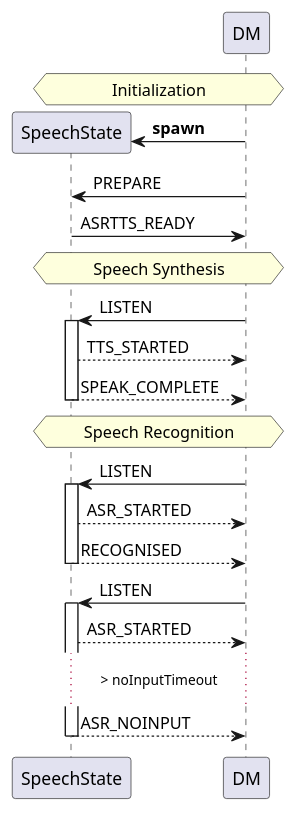
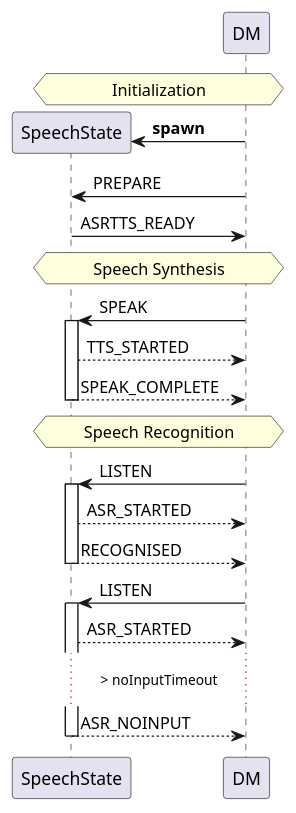
Before and after one commit to vladmaraev/speechstate: the diagram in README.org, drawn with PlantUML. The commit also changed 1 other file, not shown here.

Commit message:
Fix sequence diagram

```diff
--- a/README.org
+++ b/README.org
@@ -115,24 +115,24 @@
 #+begin_src plantuml :results output replace :file docs/diagrams/dm-speechstate.svg :exports results
   skinparam defaultFontName Helvetica
   participant       SpeechState       as SS
   hnote across: Initialization
   create SS
   DM -> SS : **spawn**
   DM -> SS : PREPARE
   SS -> DM : ASRTTS_READY
   hnote across: Speech Synthesis 
-  DM -> SS : LISTEN
+  DM -> SS : SPEAK
   activate SS
   SS --> DM : TTS_STARTED
   return SPEAK_COMPLETE
   hnote across: Speech Recognition
   DM -> SS : LISTEN
   activate SS
   SS --> DM : ASR_STARTED
   return RECOGNISED
   DM -> SS : LISTEN
   activate SS
   SS --> DM : ASR_STARTED
   ... > noInputTimeout ...
   return ASR_NOINPUT
 #+end_src
```
